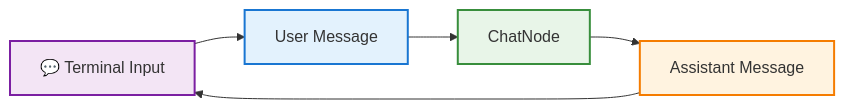
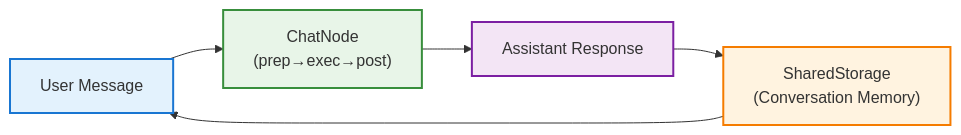
The first of 3 diagrams in examples/building-ai-from-first-principles/01-foundations/README.md (pyrotank41/Backpackflow), drawn with Mermaid before and after one commit. The commit also changed other lines of this file and 17 other files, not shown here.

````diff
--- a/examples/building-ai-from-first-principles/01-foundations/README.md
+++ b/examples/building-ai-from-first-principles/01-foundations/README.md
@@ -45,15 +38,16 @@
 ```mermaid
 graph LR
-    T["💬 Terminal Input"] --> A["User Message"] --> B["ChatNode"] --> C["Assistant Message"]
-    C --> T
+    A["User Message"] --> B["ChatNode<br/>(prep→exec→post)"] --> C["Assistant Response"]
+    C --> D["SharedStorage<br/>(Conversation Memory)"]
+    D --> A
     
-    classDef terminal fill:#f3e5f5,stroke:#7b1fa2,stroke-width:2px
     classDef userMsg fill:#e3f2fd,stroke:#1976d2,stroke-width:2px
     classDef node fill:#e8f5e8,stroke:#388e3c,stroke-width:2px
-    classDef aiMsg fill:#fff3e0,stroke:#f57c00,stroke-width:2px
+    classDef storage fill:#fff3e0,stroke:#f57c00,stroke-width:2px
+    classDef aiMsg fill:#f3e5f5,stroke:#7b1fa2,stroke-width:2px
     
-    class T terminal
     class A userMsg
     class B node
     class C aiMsg
+    class D storage
 ```
````
